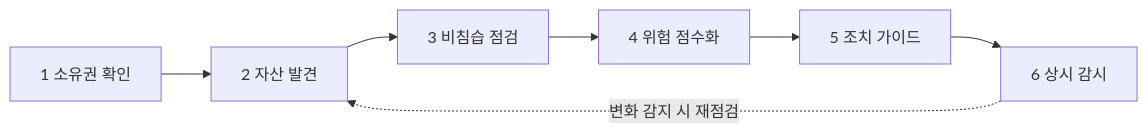
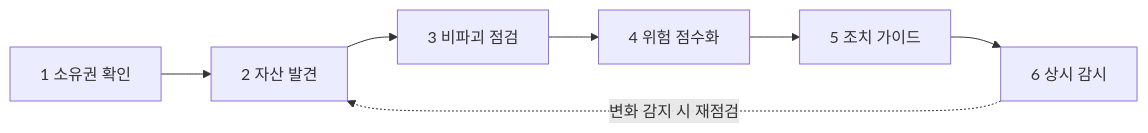
Before and after one commit to unexpected-hackathon/A2D: the diagram in docs/A2D_기획서.md, drawn with Mermaid. The commit also changed other lines of this file and 44 other files, not shown here.

````diff
--- a/docs/A2D_기획서.md
+++ b/docs/A2D_기획서.md
@@ -109,6 +109,6 @@
 ```mermaid
 flowchart LR
-  A[1 소유권 확인] --> B[2 자산 발견] --> C[3 비침습 점검]
+  A[1 소유권 확인] --> B[2 자산 발견] --> C[3 비파괴 점검]
   C --> D[4 위험 점수화] --> E[5 조치 가이드] --> F[6 상시 감시]
   F -. 변화 감지 시 재점검 .-> B
 ```
````
